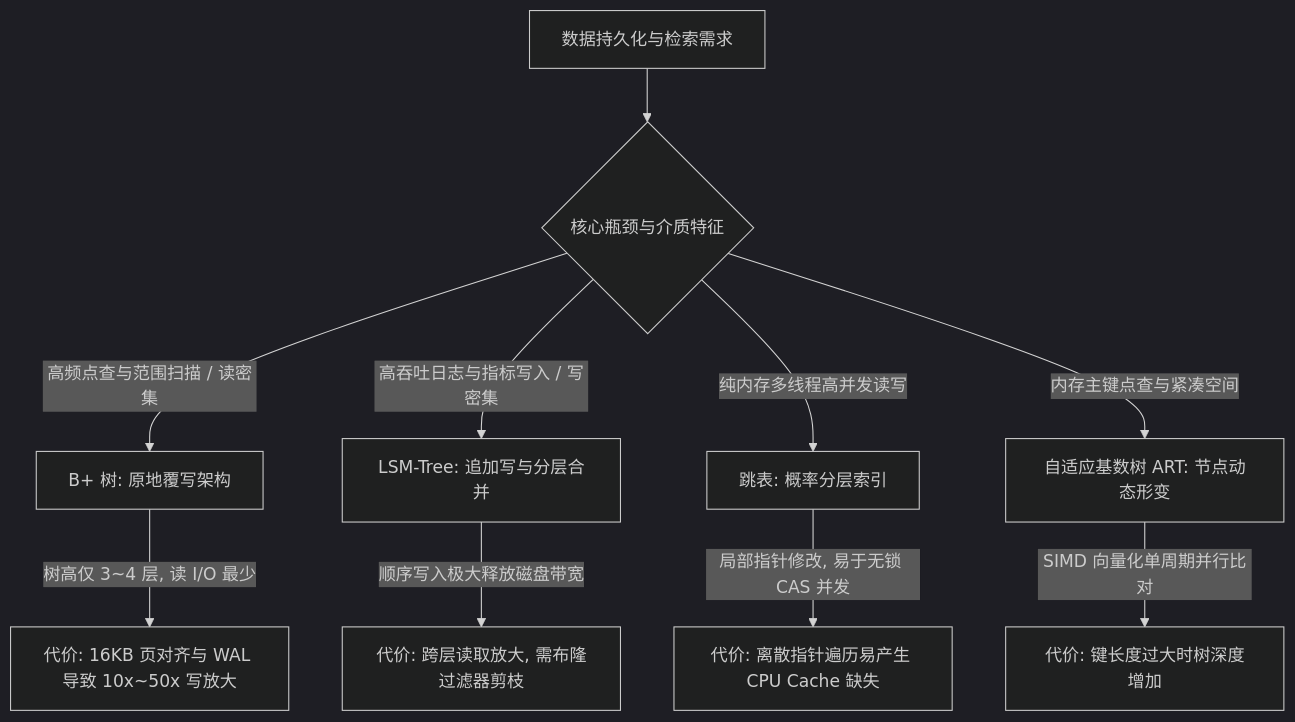
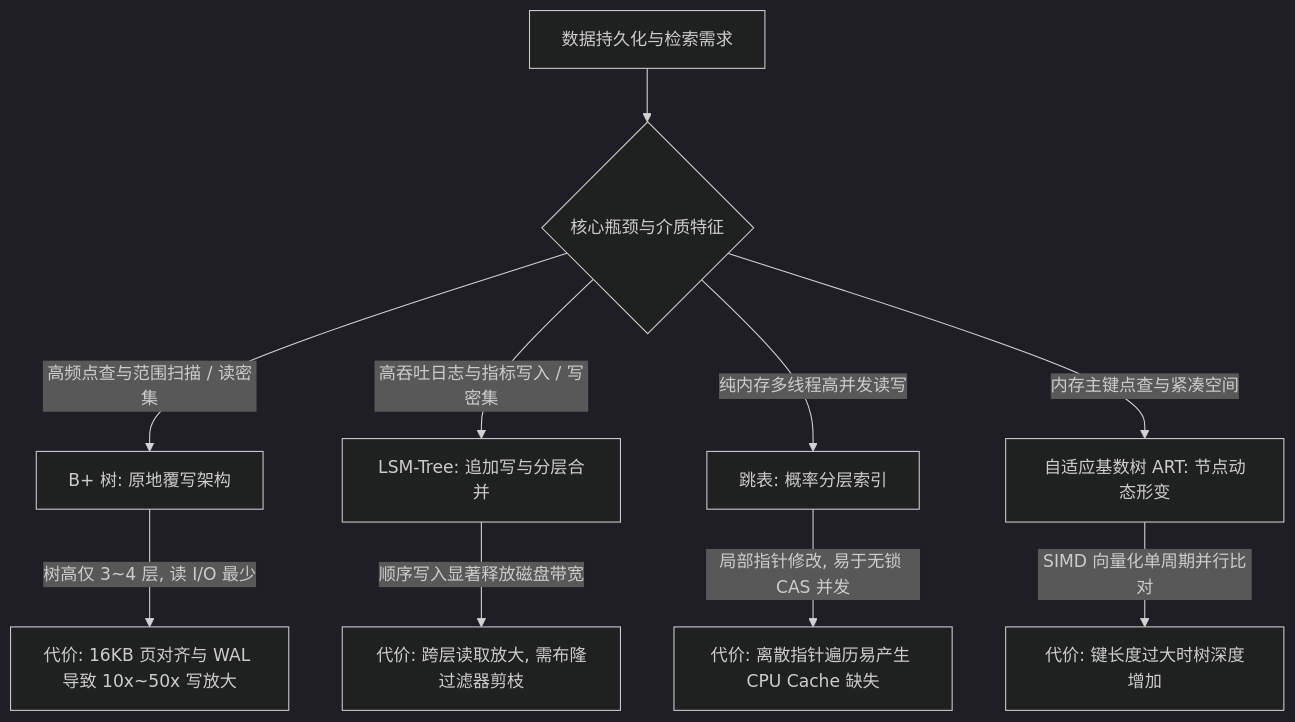
One commit to li-xiu-qi/XiaokeAILabs changed the first of 2 diagrams in docs/zh/data-structure-costs/读写放大与有序索引选型.md. Above: the diagram before and after it, drawn with Mermaid (dark theme). The commit also changed 8 other files, not shown here.

````diff
--- a/docs/zh/data-structure-costs/读写放大与有序索引选型.md
+++ b/docs/zh/data-structure-costs/读写放大与有序索引选型.md
@@ -15,16 +15,16 @@
 ```mermaid
 flowchart TD
     A[数据持久化与检索需求] --> B{核心瓶颈与介质特征}
     
     B -->|高频点查与范围扫描 / 读密集| C[B+ 树: 原地覆写架构]
     C -->|树高仅 3~4 层, 读 I/O 最少| D[代价: 16KB 页对齐与 WAL 导致 10x~50x 写放大]
     
     B -->|高吞吐日志与指标写入 / 写密集| E[LSM-Tree: 追加写与分层合并]
-    E -->|顺序写入极大释放磁盘带宽| F[代价: 跨层读取放大, 需布隆过滤器剪枝]
+    E -->|顺序写入显著释放磁盘带宽| F[代价: 跨层读取放大, 需布隆过滤器剪枝]
     
     B -->|纯内存多线程高并发读写| G[跳表: 概率分层索引]
     G -->|局部指针修改, 易于无锁 CAS 并发| H[代价: 离散指针遍历易产生 CPU Cache 缺失]
     
     B -->|内存主键点查与紧凑空间| I[自适应基数树 ART: 节点动态形变]
     I -->|SIMD 向量化单周期并行比对| J[代价: 键长度过大时树深度增加]
 ```
````
